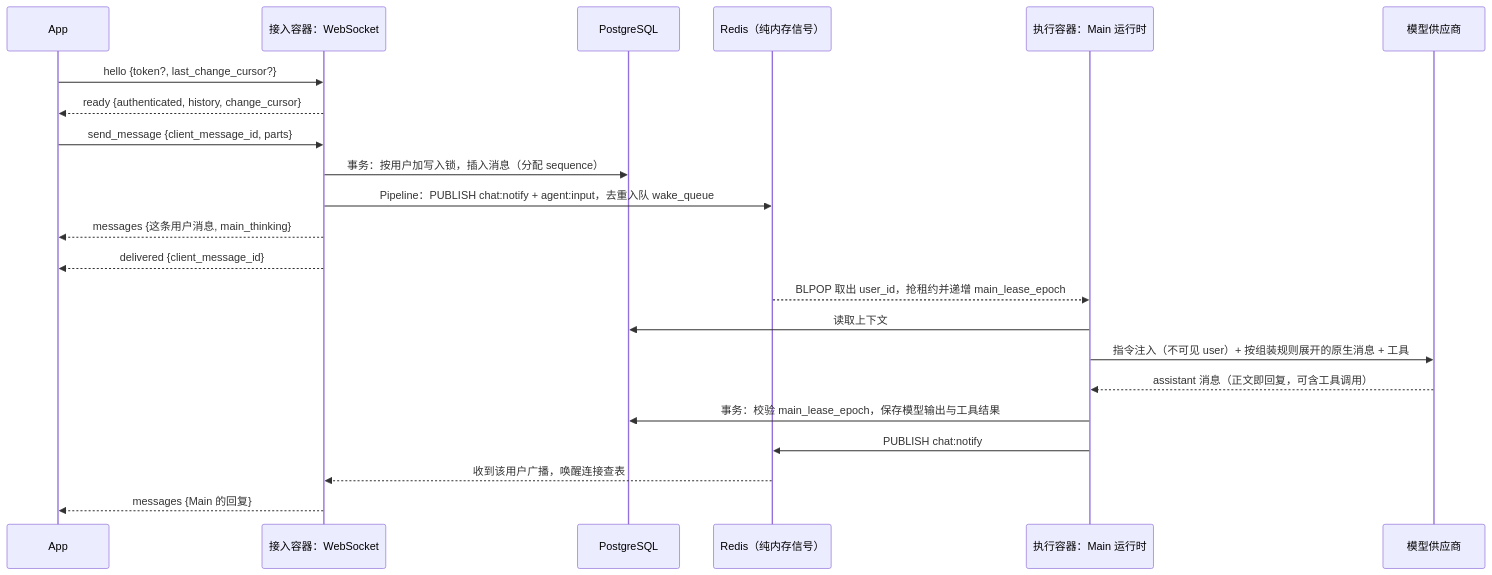
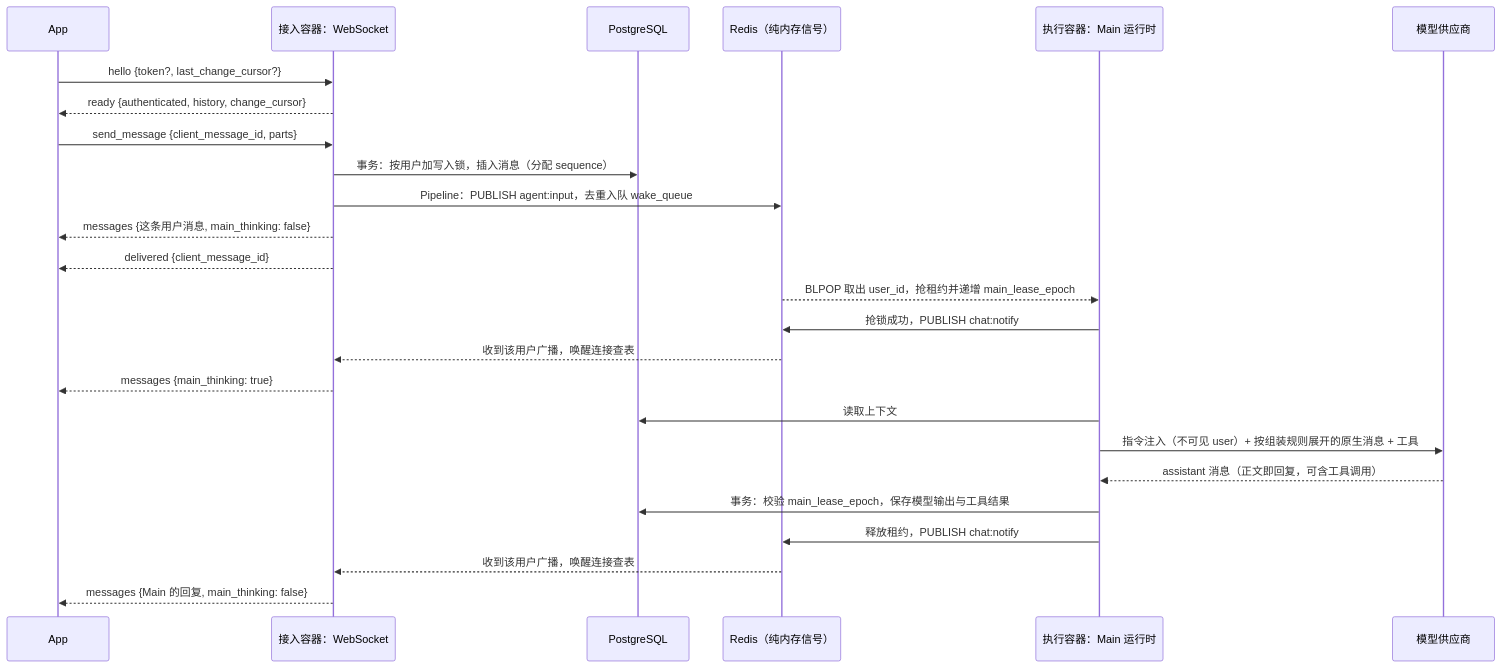
The diagram in docs/wiki/04-messaging.md (OmniNetOpensource/aether-personal), drawn with Mermaid before and after one commit. The commit also changed other lines of this file and 3 other files, not shown here.

Commit message:
feat(backend): align chat thinking with agent lease lifecycle

````diff
--- a/docs/wiki/04-messaging.md
+++ b/docs/wiki/04-messaging.md
@@ -32,25 +32,28 @@
 ```mermaid
 sequenceDiagram
     participant App
     participant WS as 接入容器：WebSocket
     participant DB as PostgreSQL
     participant Redis as Redis（纯内存信号）
     participant Runner as 执行容器：Main 运行时
     participant Model as 模型供应商
 
     App->>WS: hello {token?, last_change_cursor?}
     WS-->>App: ready {authenticated, history, change_cursor}
     App->>WS: send_message {client_message_id, parts}
     WS->>DB: 事务：按用户加写入锁，插入消息（分配 sequence）
-    WS->>Redis: Pipeline：PUBLISH chat:notify + agent:input，去重入队 wake_queue
-    WS-->>App: messages {这条用户消息, main_thinking}
+    WS->>Redis: Pipeline：PUBLISH agent:input，去重入队 wake_queue
+    WS-->>App: messages {这条用户消息, main_thinking: false}
     WS-->>App: delivered {client_message_id}
     Redis-->>Runner: BLPOP 取出 user_id，抢租约并递增 main_lease_epoch
+    Runner->>Redis: 抢锁成功，PUBLISH chat:notify
+    Redis-->>WS: 收到该用户广播，唤醒连接查表
+    WS-->>App: messages {main_thinking: true}
     Runner->>DB: 读取上下文
     Runner->>Model: 指令注入（不可见 user）+ 按组装规则展开的原生消息 + 工具
     Model-->>Runner: assistant 消息（正文即回复，可含工具调用）
     Runner->>DB: 事务：校验 main_lease_epoch，保存模型输出与工具结果
-    Runner->>Redis: PUBLISH chat:notify
+    Runner->>Redis: 释放租约，PUBLISH chat:notify
     Redis-->>WS: 收到该用户广播，唤醒连接查表
-    WS-->>App: messages {Main 的回复}
+    WS-->>App: messages {Main 的回复, main_thinking: false}
 ```
````
